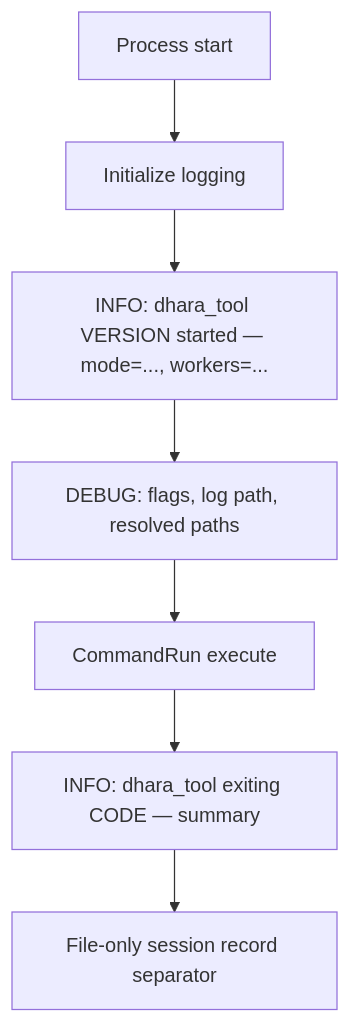
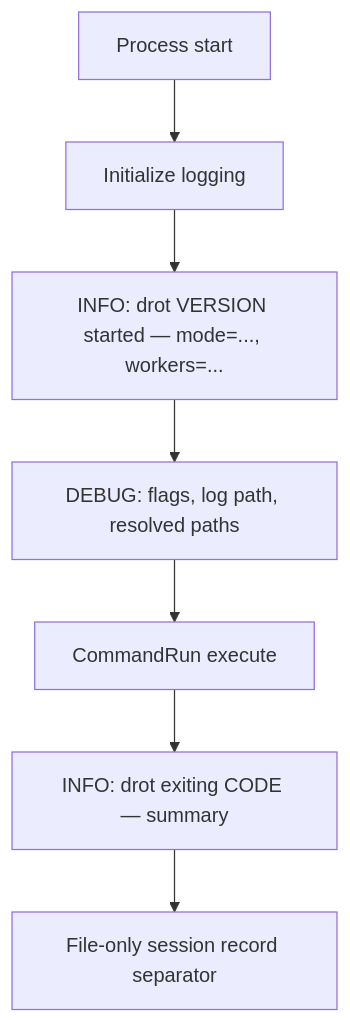
The second of 3 diagrams in docs/logging.md (D-Naveenz/dhara_storage), drawn with Mermaid before and after one commit. The commit also changed other lines of this file and 124 other files, not shown here.

First line of the commit message:
🔥 Remove dhara_tool and migrate to drot submodule orchestration

````diff
--- a/docs/logging.md
+++ b/docs/logging.md
@@ -84,9 +84,9 @@
 ```mermaid
 flowchart TD
   start[Process start] --> init[Initialize logging]
-  init --> sessionOpen["INFO: dhara_tool VERSION started — mode=..., workers=..."]
+  init --> sessionOpen["INFO: drot VERSION started — mode=..., workers=..."]
   sessionOpen --> debugFlags["DEBUG: flags, log path, resolved paths"]
   debugFlags --> command[CommandRun execute]
-  command --> sessionClose["INFO: dhara_tool exiting CODE — summary"]
+  command --> sessionClose["INFO: drot exiting CODE — summary"]
   sessionClose --> record[File-only session record separator]
 ```
````
